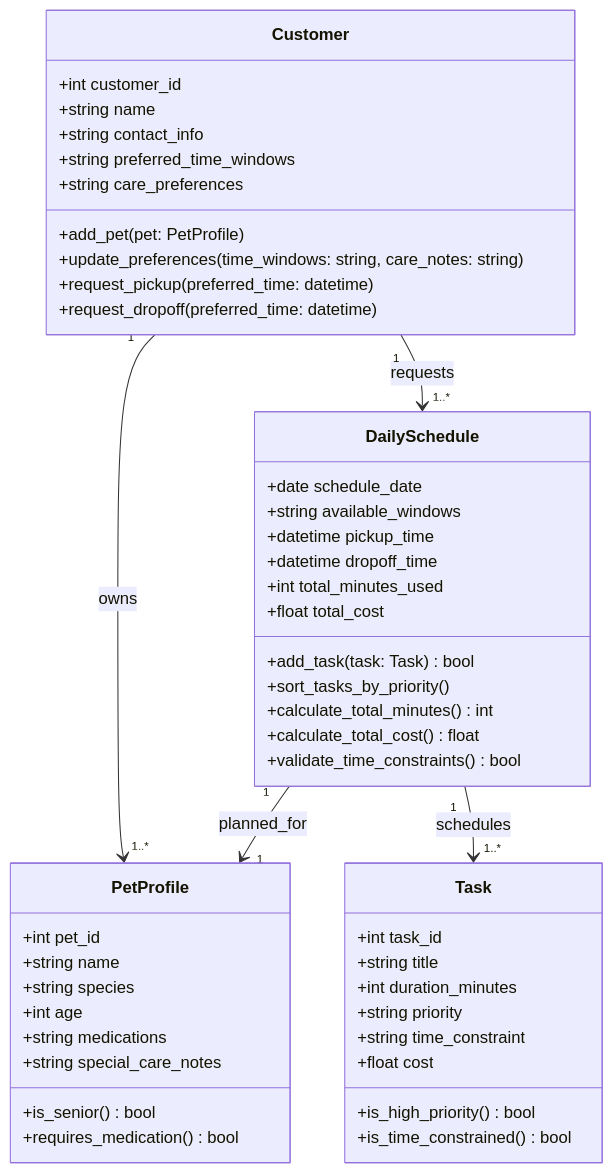
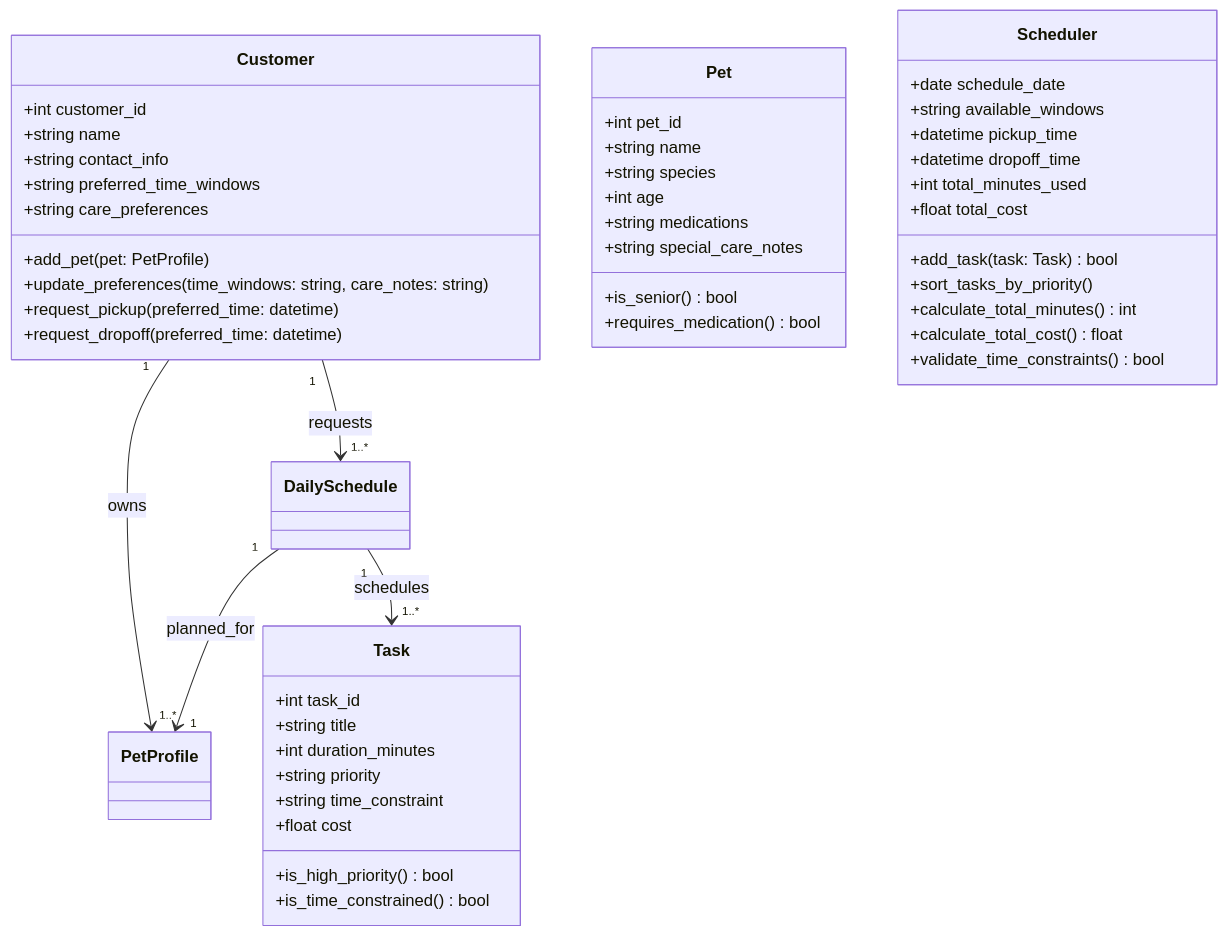
One commit to ricardoortega97/ai110-pawpal changed the diagram in reflection.md. Above: the diagram before and after it, drawn with Mermaid. The commit also changed other lines of this file and 1 other file, not shown here.

Commit message:
Enhance Customer and DailySchedule classes with scheduling functionality and validation checks

````diff
--- a/reflection.md
+++ b/reflection.md
@@ -43,55 +43,55 @@
 ```mermaid
 classDiagram
     class Customer {
         +int customer_id
         +string name
         +string contact_info
         +string preferred_time_windows
         +string care_preferences
         +add_pet(pet: PetProfile)
         +update_preferences(time_windows: string, care_notes: string)
         +request_pickup(preferred_time: datetime)
         +request_dropoff(preferred_time: datetime)
     }
 
-    class PetProfile {
+    class Pet {
         +int pet_id
         +string name
         +string species
         +int age
         +string medications
         +string special_care_notes
         +is_senior() bool
         +requires_medication() bool
     }
 
     class Task {
         +int task_id
         +string title
         +int duration_minutes
         +string priority
         +string time_constraint
         +float cost
         +is_high_priority() bool
         +is_time_constrained() bool
     }
 
-    class DailySchedule {
+    class Scheduler {
         +date schedule_date
         +string available_windows
         +datetime pickup_time
         +datetime dropoff_time
         +int total_minutes_used
         +float total_cost
         +add_task(task: Task) bool
         +sort_tasks_by_priority()
         +calculate_total_minutes() int
         +calculate_total_cost() float
         +validate_time_constraints() bool
     }
 
     Customer "1" --> "1..*" PetProfile : owns
     Customer "1" --> "1..*" DailySchedule : requests
     DailySchedule "1" --> "1" PetProfile : planned_for
     DailySchedule "1" --> "1..*" Task : schedules
 ```
````
